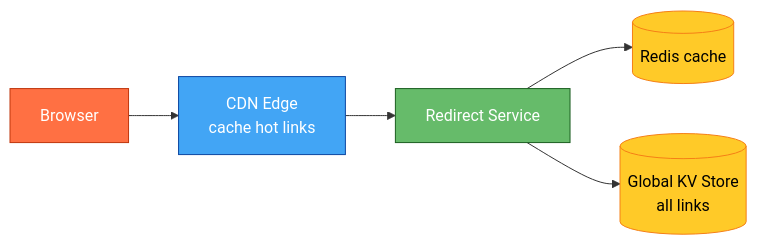
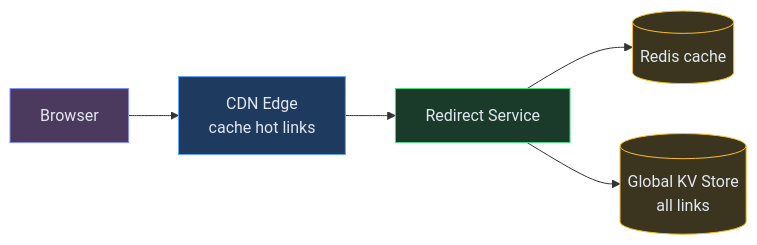
One commit to iluzn/HLD-Designs changed the first of 11 diagrams in content/hld/URLShortner.md. Above: the diagram before and after it, drawn with Mermaid. The commit also changed other lines of this file and 11 other files, not shown here.

Commit message:
Fix: softer mermaid colors, theme toggle always visible on mobile, consistent across all pages

````diff
--- a/content/hld/URLShortner.md
+++ b/content/hld/URLShortner.md
@@ -20,18 +20,18 @@
 ```mermaid
 flowchart LR
     USER["Browser"]:::client
     CDN["CDN Edge<br/>cache hot links"]:::edge
     RS["Redirect Service"]:::service
     REDIS[("Redis cache")]:::data
     DB[("Global KV Store<br/>all links")]:::data
 
     USER --> CDN
     CDN --> RS
     RS --> REDIS
     RS --> DB
 
-    classDef client fill:#FF7043,stroke:#BF360C,color:#fff
-    classDef edge fill:#42A5F5,stroke:#0D47A1,color:#fff
-    classDef service fill:#66BB6A,stroke:#1B5E20,color:#fff
-    classDef data fill:#FFCA28,stroke:#F57F17,color:#000
+    classDef client fill:#4c3a5e,stroke:#818cf8,color:#e2e8f0
+    classDef edge fill:#1e3a5f,stroke:#60a5fa,color:#e2e8f0
+    classDef service fill:#1a3a2a,stroke:#4ade80,color:#e2e8f0
+    classDef data fill:#3b3520,stroke:#fbbf24,color:#e2e8f0
 ```
````
